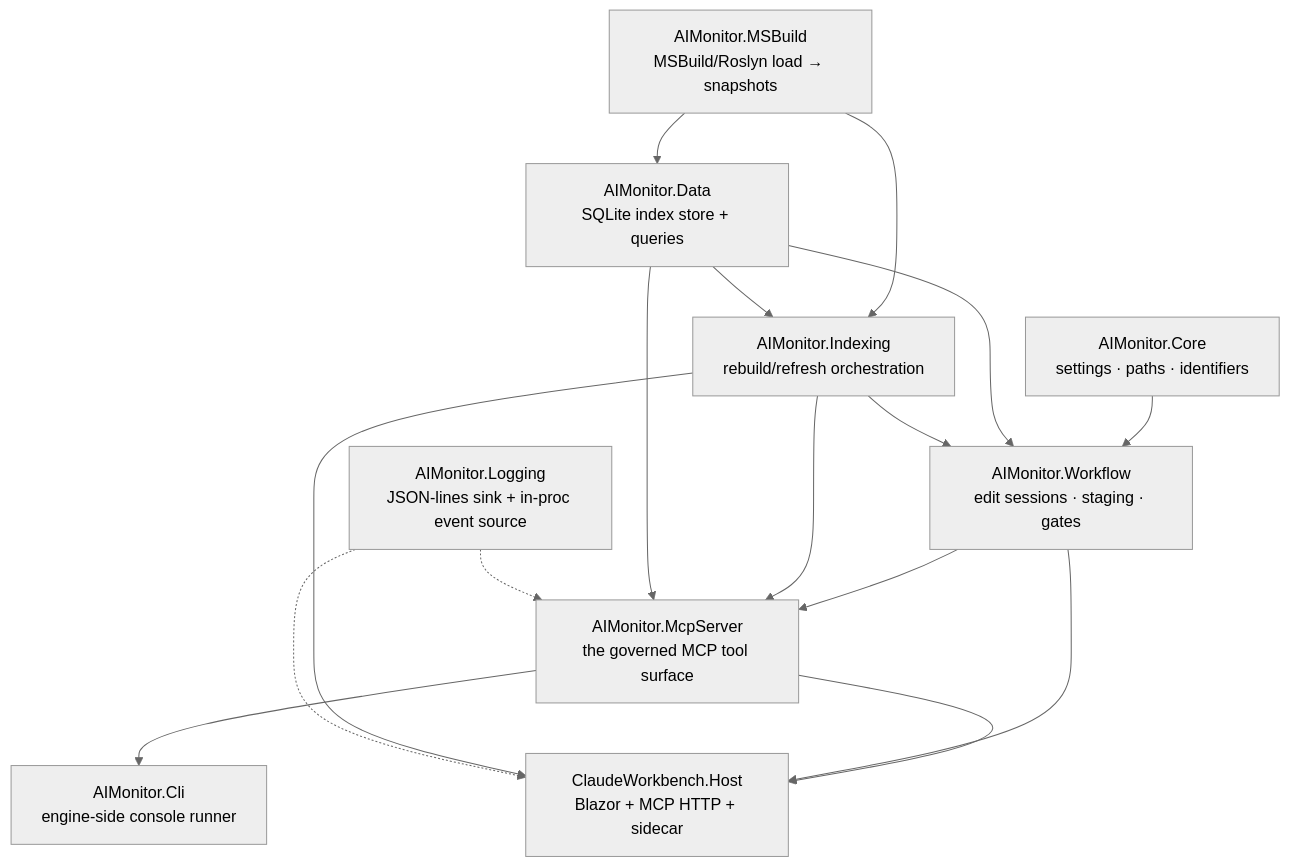
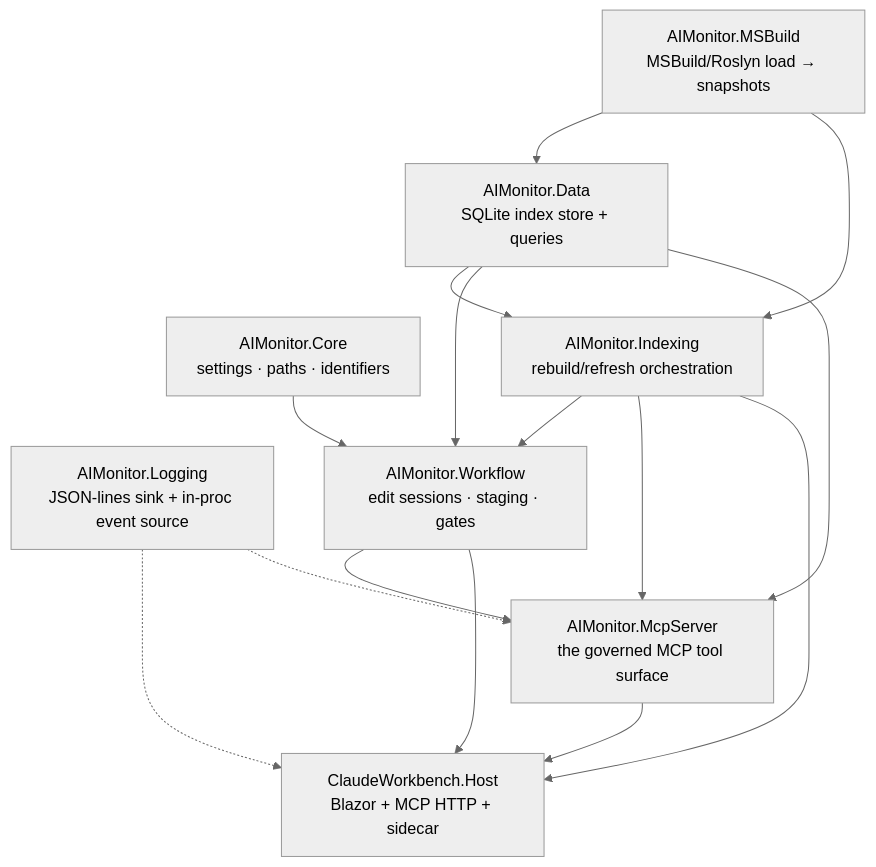
Before and after one commit to rdavi10471a2/ClaudeWorkbench: the fifth of 5 diagrams in docs/architecture/Architecture.md, drawn with Mermaid (neutral theme). The commit also changed 111 other files, not shown here.

````diff
--- a/docs/architecture/Architecture.md
+++ b/docs/architecture/Architecture.md
@@ -251,28 +251,26 @@
 ```mermaid
 flowchart TD
     Core[AIMonitor.Core<br/>settings · paths · identifiers]
     Logging[AIMonitor.Logging<br/>JSON-lines sink + in-proc event source]
     MSBuild[AIMonitor.MSBuild<br/>MSBuild/Roslyn load → snapshots]
     Data[AIMonitor.Data<br/>SQLite index store + queries]
     Indexing[AIMonitor.Indexing<br/>rebuild/refresh orchestration]
     Workflow[AIMonitor.Workflow<br/>edit sessions · staging · gates]
     Mcp[AIMonitor.McpServer<br/>the governed MCP tool surface]
-    Cli[AIMonitor.Cli<br/>engine-side console runner]
     Host[ClaudeWorkbench.Host<br/>Blazor + MCP HTTP + sidecar]
 
     MSBuild --> Data
     MSBuild --> Indexing
     Data --> Indexing
     Core --> Workflow
     Data --> Workflow
     Indexing --> Workflow
     Workflow --> Mcp
     Indexing --> Mcp
     Data --> Mcp
-    Mcp --> Cli
     Mcp --> Host
     Workflow --> Host
     Indexing --> Host
     Logging -.-> Host
     Logging -.-> Mcp
 ```
````
